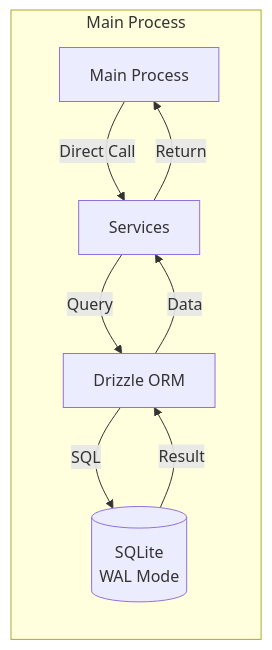
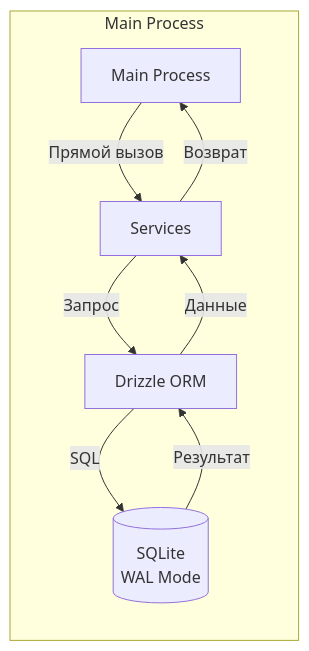
Before and after one commit to KazeKaze93/RuleDesk: the fourth of 11 diagrams in .docs-i18n/ru/docs/architecture.md, drawn with Mermaid. The commit also changed other lines of this file and 10 other files, not shown here.

````diff
--- a/.docs-i18n/ru/docs/architecture.md
+++ b/.docs-i18n/ru/docs/architecture.md
@@ -250,16 +246,16 @@
 ```mermaid
 graph LR
     subgraph "Main Process"
         Main[Main Process]
         Services[Services]
         DrizzleORM[Drizzle ORM]
         SQLiteDB[(SQLite<br/>WAL Mode)]
     end
 
-    Main -->|Direct Call| Services
-    Services -->|Query| DrizzleORM
+    Main -->|Прямой вызов| Services
+    Services -->|Запрос| DrizzleORM
     DrizzleORM -->|SQL| SQLiteDB
-    SQLiteDB -->|Result| DrizzleORM
-    DrizzleORM -->|Data| Services
-    Services -->|Return| Main
+    SQLiteDB -->|Результат| DrizzleORM
+    DrizzleORM -->|Данные| Services
+    Services -->|Возврат| Main
 ```
````
